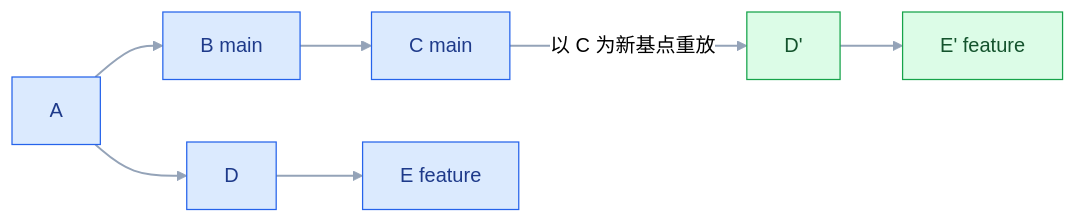
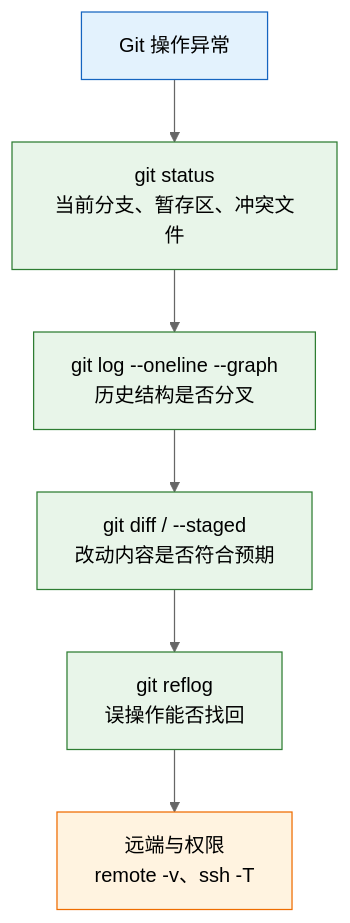
Before and after one commit to jimbosuper/studynotes: the fourth of 4 diagrams in blog/src/notes/07-运维/02-版本管理/01-Git版本管理.md, drawn with Mermaid (neutral theme). The commit also changed other lines of this file and 367 other files, not shown here.

````diff
--- a/blog/src/notes/07-运维/02-版本管理/01-Git版本管理.md
+++ b/blog/src/notes/07-运维/02-版本管理/01-Git版本管理.md
@@ -660,13 +958,14 @@
 ```mermaid
-flowchart LR
-    classDef old fill:#DBEAFE,stroke:#2563EB,color:#1E3A8A
-    classDef new fill:#DCFCE7,stroke:#16A34A,color:#14532D
-
-    A["A"]:::old --> B["B main"]:::old
-    B --> C["C main"]:::old
-    A --> D["D"]:::old
-    D --> E["E feature"]:::old
-    C -->|"以 C 为新基点重放"| D2["D'"]:::new
-    D2 --> E2["E' feature"]:::new
-    linkStyle default stroke:#94A3B8,stroke-width:1.5px
+flowchart TD
+    A["Git 操作异常"] --> B["git status<br/>当前分支、暂存区、冲突文件"]
+    B --> C["git log --oneline --graph<br/>历史结构是否分叉"]
+    C --> D["git diff / --staged<br/>改动内容是否符合预期"]
+    D --> E["git reflog<br/>误操作能否找回"]
+    E --> F["远端与权限<br/>remote -v、ssh -T"]
+    classDef client fill:#e3f2fd,stroke:#1565c0;
+    classDef engine fill:#e8f5e9,stroke:#2e7d32;
+    classDef image fill:#fff3e0,stroke:#ef6c00;
+    class A client
+    class B,C,D,E engine
+    class F image
 ```
````
